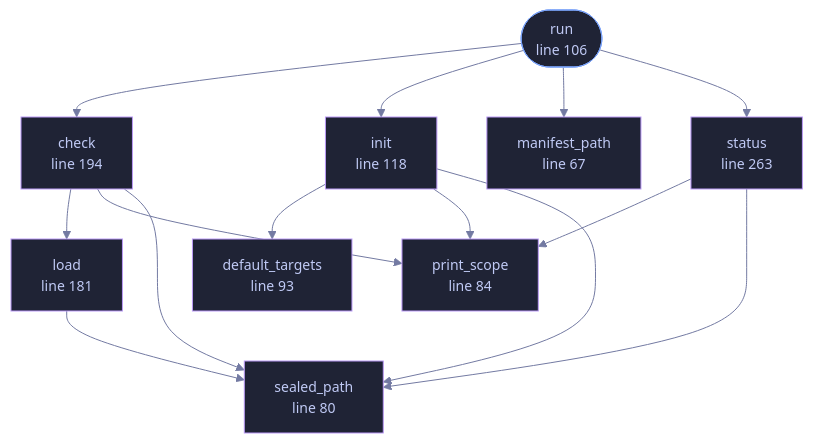
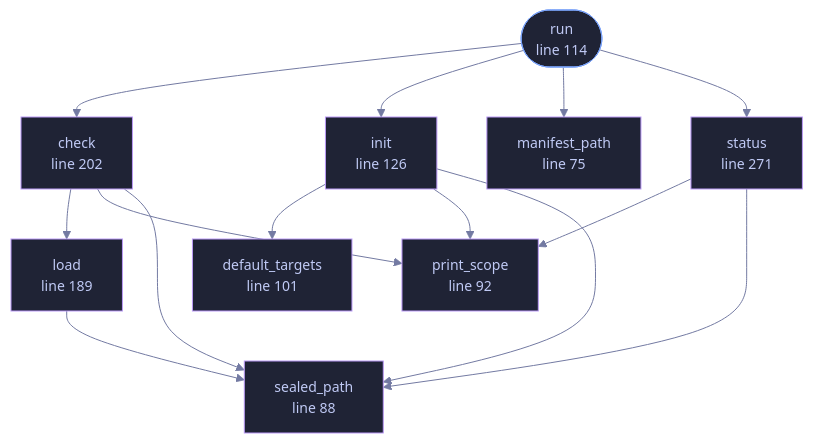
Before and after one commit to tilas01/veilvoice: the diagram in docs/files/veilvoice-cli/guard.md, drawn with Mermaid. The commit also changed other lines of this file and 487 other files, not shown here.

````diff
--- a/docs/files/veilvoice-cli/guard.md
+++ b/docs/files/veilvoice-cli/guard.md
@@ -93,39 +102,39 @@
 ```mermaid
 %%{init: {"theme":"base","themeVariables":{"background":"#1a1b26","primaryColor":"#1f2335","primaryTextColor":"#c0caf5","primaryBorderColor":"#7aa2f7","secondaryColor":"#16161e","tertiaryColor":"#16161e","lineColor":"#737aa2","textColor":"#c0caf5","mainBkg":"#1f2335","nodeBorder":"#7aa2f7","clusterBkg":"#16161e","clusterBorder":"#2f3549","fontFamily":"ui-monospace, SFMono-Regular, Consolas, monospace","fontSize":"14px"}}}%%
 flowchart TD
-    n_manifest_path["manifest_path<br/>line 67"]
-    n_sealed_path["sealed_path<br/>line 80"]
-    n_print_scope["print_scope<br/>line 84"]
-    n_default_targets["default_targets<br/>line 93"]
-    n_run(["run<br/>line 106"])
-    n_init["init<br/>line 118"]
-    n_load["load<br/>line 181"]
-    n_check["check<br/>line 194"]
-    n_status["status<br/>line 263"]
+    n_manifest_path["manifest_path<br/>line 75"]
+    n_sealed_path["sealed_path<br/>line 88"]
+    n_print_scope["print_scope<br/>line 92"]
+    n_default_targets["default_targets<br/>line 101"]
+    n_run(["run<br/>line 114"])
+    n_init["init<br/>line 126"]
+    n_load["load<br/>line 189"]
+    n_check["check<br/>line 202"]
+    n_status["status<br/>line 271"]
     n_check --> n_load
     n_check --> n_print_scope
     n_check --> n_sealed_path
     n_init --> n_default_targets
     n_init --> n_print_scope
     n_init --> n_sealed_path
     n_load --> n_sealed_path
     n_run --> n_check
     n_run --> n_init
     n_run --> n_manifest_path
     n_run --> n_status
     n_status --> n_print_scope
     n_status --> n_sealed_path
-    click n_manifest_path href "https://github.com/tilas01/veilvoice/blob/main/crates/veilvoice-cli/src/guard.rs#L67" "open the source"
-    click n_sealed_path href "https://github.com/tilas01/veilvoice/blob/main/crates/veilvoice-cli/src/guard.rs#L80" "open the source"
-    click n_print_scope href "https://github.com/tilas01/veilvoice/blob/main/crates/veilvoice-cli/src/guard.rs#L84" "open the source"
-    click n_default_targets href "https://github.com/tilas01/veilvoice/blob/main/crates/veilvoice-cli/src/guard.rs#L93" "open the source"
-    click n_run href "https://github.com/tilas01/veilvoice/blob/main/crates/veilvoice-cli/src/guard.rs#L106" "open the source"
-    click n_init href "https://github.com/tilas01/veilvoice/blob/main/crates/veilvoice-cli/src/guard.rs#L118" "open the source"
-    click n_load href "https://github.com/tilas01/veilvoice/blob/main/crates/veilvoice-cli/src/guard.rs#L181" "open the source"
-    click n_check href "https://github.com/tilas01/veilvoice/blob/main/crates/veilvoice-cli/src/guard.rs#L194" "open the source"
-    click n_status href "https://github.com/tilas01/veilvoice/blob/main/crates/veilvoice-cli/src/guard.rs#L263" "open the source"
+    click n_manifest_path href "https://github.com/tilas01/veilvoice/blob/main/crates/veilvoice-cli/src/guard.rs#L75" "open the source"
+    click n_sealed_path href "https://github.com/tilas01/veilvoice/blob/main/crates/veilvoice-cli/src/guard.rs#L88" "open the source"
+    click n_print_scope href "https://github.com/tilas01/veilvoice/blob/main/crates/veilvoice-cli/src/guard.rs#L92" "open the source"
+    click n_default_targets href "https://github.com/tilas01/veilvoice/blob/main/crates/veilvoice-cli/src/guard.rs#L101" "open the source"
+    click n_run href "https://github.com/tilas01/veilvoice/blob/main/crates/veilvoice-cli/src/guard.rs#L114" "open the source"
+    click n_init href "https://github.com/tilas01/veilvoice/blob/main/crates/veilvoice-cli/src/guard.rs#L126" "open the source"
+    click n_load href "https://github.com/tilas01/veilvoice/blob/main/crates/veilvoice-cli/src/guard.rs#L189" "open the source"
+    click n_check href "https://github.com/tilas01/veilvoice/blob/main/crates/veilvoice-cli/src/guard.rs#L202" "open the source"
+    click n_status href "https://github.com/tilas01/veilvoice/blob/main/crates/veilvoice-cli/src/guard.rs#L271" "open the source"
     classDef entry fill:#1f2335,stroke:#7aa2f7,color:#c0caf5
     class n_run entry
     classDef helper fill:#1f2335,stroke:#bb9af7,color:#c0caf5
     class n_manifest_path,n_sealed_path,n_print_scope,n_default_targets,n_init,n_load,n_check,n_status helper
 ```
````
